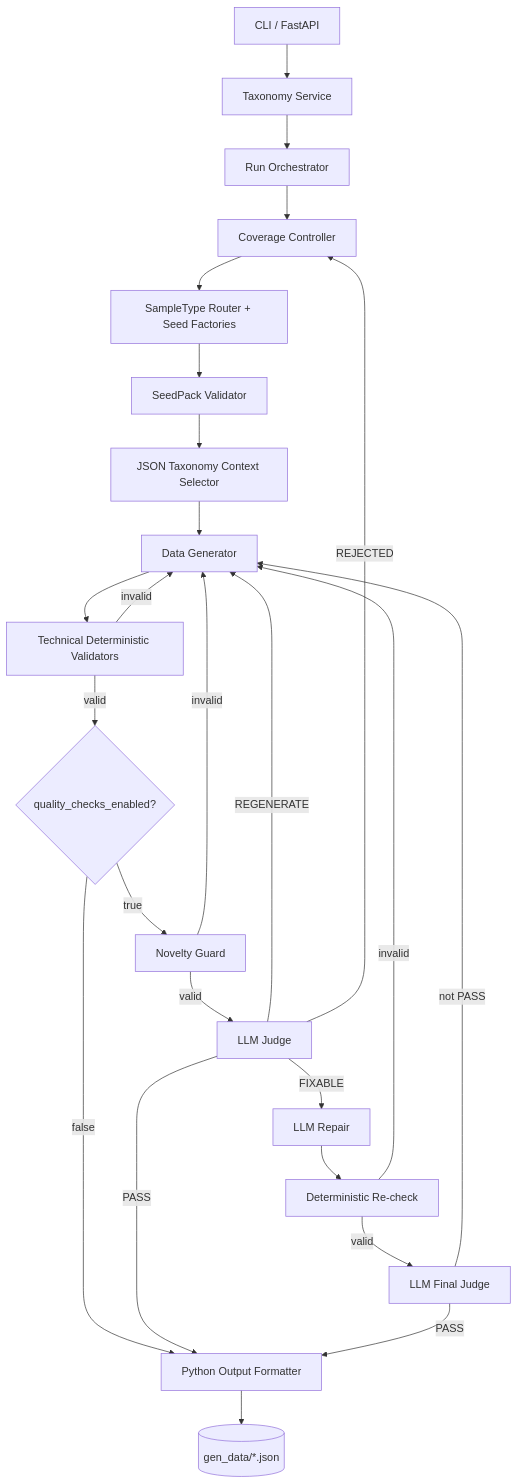
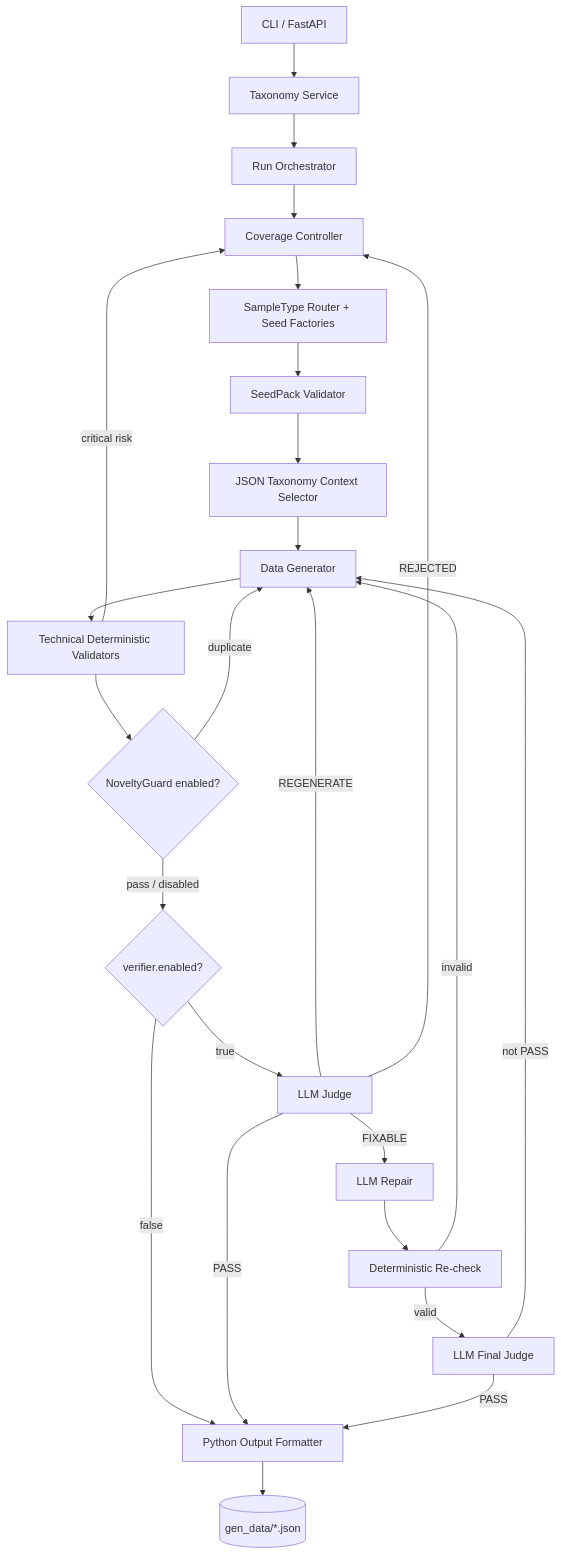
The diagram in README_V2.md (nguyenbbt/PII_GEN), drawn with Mermaid before and after one commit. The commit also changed other lines of this file and 1 other file, not shown here.

Commit message:
docs: document quality generation workflow

````diff
--- a/README_V2.md
+++ b/README_V2.md
@@ -16,38 +17,38 @@
 ```mermaid
 flowchart TD
     ENTRY[CLI / FastAPI]
     TAX[Taxonomy Service]
     RUN[Run Orchestrator]
     COV[Coverage Controller]
     SEED[SampleType Router + Seed Factories]
     SEEDVAL[SeedPack Validator]
     TAXCTX[JSON Taxonomy Context Selector]
     GEN[Data Generator]
     DET[Technical Deterministic Validators]
-    QUALITY{quality_checks_enabled?}
-    NOVELTY[Novelty Guard]
+    NOVELTY{NoveltyGuard enabled?}
+    QUALITY{verifier.enabled?}
     JUDGE[LLM Judge]
     REPAIR[LLM Repair]
     RECHECK[Deterministic Re-check]
     FINALJUDGE[LLM Final Judge]
     FMT[Python Output Formatter]
     FILE[(gen_data/*.json)]
 
     ENTRY --> TAX --> RUN --> COV --> SEED --> SEEDVAL
     SEEDVAL --> TAXCTX --> GEN --> DET
-    DET -->|invalid| GEN
-    DET -->|valid| QUALITY
+    DET -->|critical risk| COV
+    DET --> NOVELTY
+    NOVELTY -->|duplicate| GEN
+    NOVELTY -->|pass / disabled| QUALITY
     QUALITY -->|false| FMT
-    QUALITY -->|true| NOVELTY
-    NOVELTY -->|valid| JUDGE
-    NOVELTY -->|invalid| GEN
+    QUALITY -->|true| JUDGE
     JUDGE -->|PASS| FMT
     JUDGE -->|FIXABLE| REPAIR --> RECHECK
     RECHECK -->|valid| FINALJUDGE
     RECHECK -->|invalid| GEN
     FINALJUDGE -->|PASS| FMT
     FINALJUDGE -->|not PASS| GEN
     JUDGE -->|REGENERATE| GEN
     JUDGE -->|REJECTED| COV
     FMT --> FILE
 ```
````
